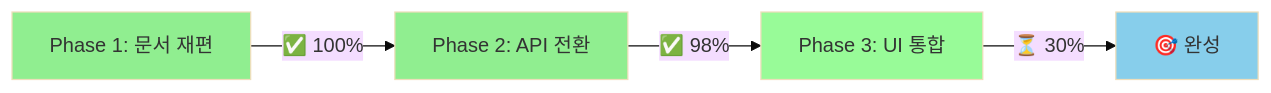
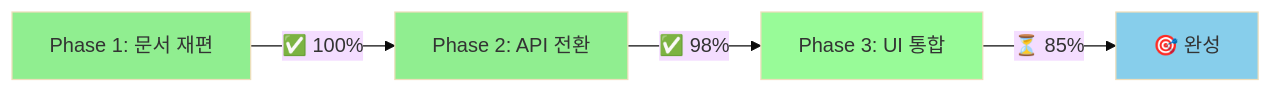
Before and after one commit to bzjay53/christmas: the diagram in CURRENT_PROJECT_STATUS_BRIEFING.md, drawn with Mermaid (base theme). The commit also changed other lines of this file, not shown here.

````diff
--- a/CURRENT_PROJECT_STATUS_BRIEFING.md
+++ b/CURRENT_PROJECT_STATUS_BRIEFING.md
@@ -22,11 +22,11 @@
 ```mermaid
 graph LR
     A[Phase 1: 문서 재편] -->|✅ 100%| B[Phase 2: API 전환]
     B -->|✅ 98%| C[Phase 3: UI 통합]
-    C -->|⏳ 30%| D[🎯 완성]
+    C -->|⏳ 85%| D[🎯 완성]
     
     style A fill:#90EE90
     style B fill:#90EE90  
     style C fill:#98FB98
     style D fill:#87CEEB
 ```
````
